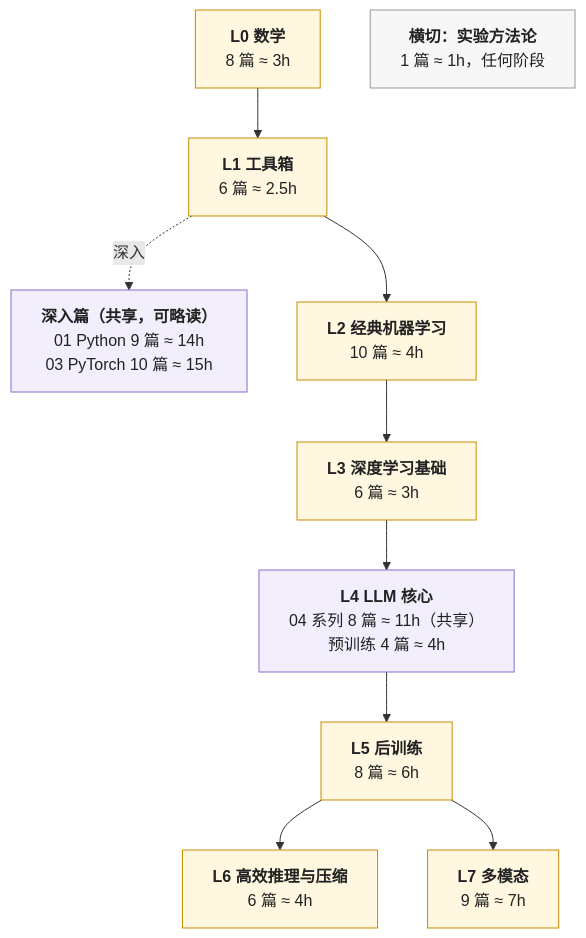
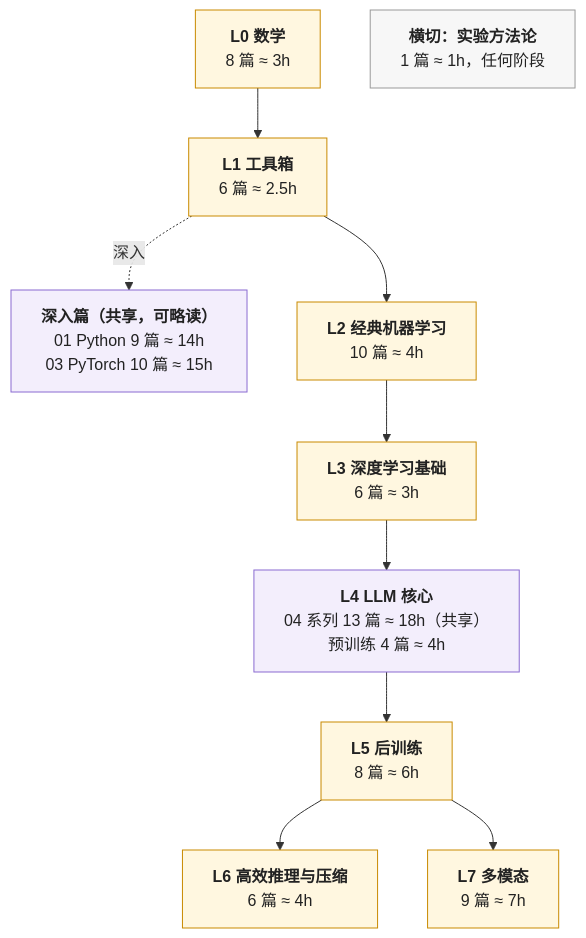
The second of 2 diagrams in _posts/2026-01-02-ai-algorithm-engineer-learning-roadmap.md (arganzheng/arganzheng.github.com), drawn with Mermaid before and after one commit. The commit also changed other lines of this file and 58 other files, not shown here.

````diff
--- a/_posts/2026-01-02-ai-algorithm-engineer-learning-roadmap.md
+++ b/_posts/2026-01-02-ai-algorithm-engineer-learning-roadmap.md
@@ -89,38 +89,38 @@
 ```mermaid
 %%{init: {"flowchart": {"wrappingWidth": 260}}}%%
 %% 图：学习路径：L0–L7 八层加横切，紫色两处与 Infra 地图共享
 flowchart TB
     L0["`**L0 数学**
 8 篇 ≈ 3h`"]
     L1["`**L1 工具箱**
 6 篇 ≈ 2.5h`"]
     D["`**深入篇（共享，可略读）**
 01 Python 9 篇 ≈ 14h
 03 PyTorch 10 篇 ≈ 15h`"]
     L2["`**L2 经典机器学习**
 10 篇 ≈ 4h`"]
     L3["`**L3 深度学习基础**
 6 篇 ≈ 3h`"]
     L4["`**L4 LLM 核心**
-04 系列 8 篇 ≈ 11h（共享）
+04 系列 13 篇 ≈ 18h（共享）
 预训练 4 篇 ≈ 4h`"]
     L5["`**L5 后训练**
 8 篇 ≈ 6h`"]
     L6["`**L6 高效推理与压缩**
 6 篇 ≈ 4h`"]
     L7["`**L7 多模态**
 9 篇 ≈ 7h`"]
     X["`**横切：实验方法论**
 1 篇 ≈ 1h，任何阶段`"]
     L0 --> L1 --> L2 --> L3 --> L4 --> L5
     L1 -. 深入 .-> D
     L5 --> L6
     L5 --> L7
 
     classDef algo fill:#fff7e0,stroke:#c98a00,stroke-width:1px,color:#222
     classDef shared fill:#f3eefc,stroke:#8a6bd1,stroke-width:1px,color:#222
     classDef cross fill:#f7f7f7,stroke:#999,stroke-width:1px,color:#222
     class L0,L1,L2,L3,L5,L6,L7 algo
     class D,L4 shared
     class X cross
 ```
````
